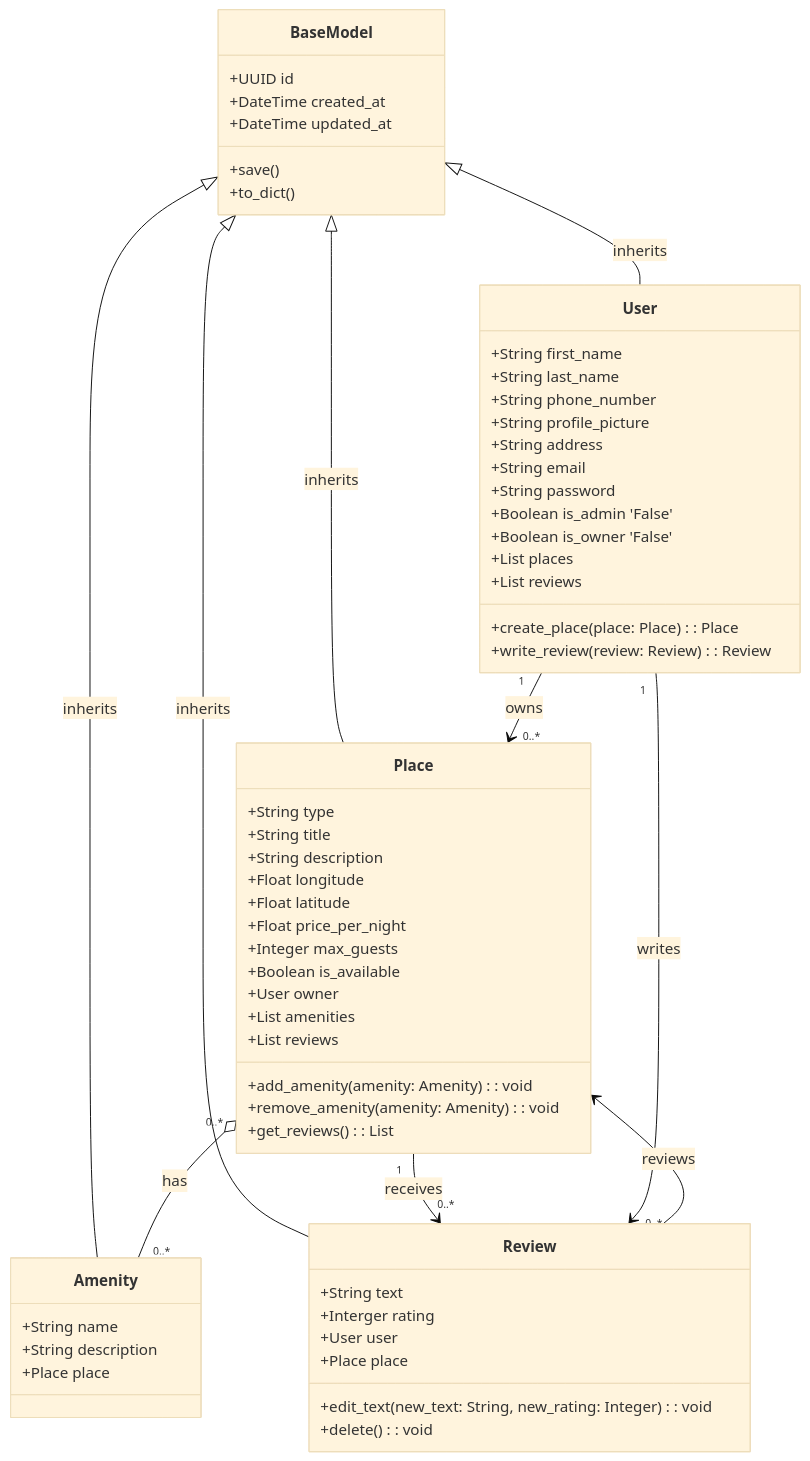
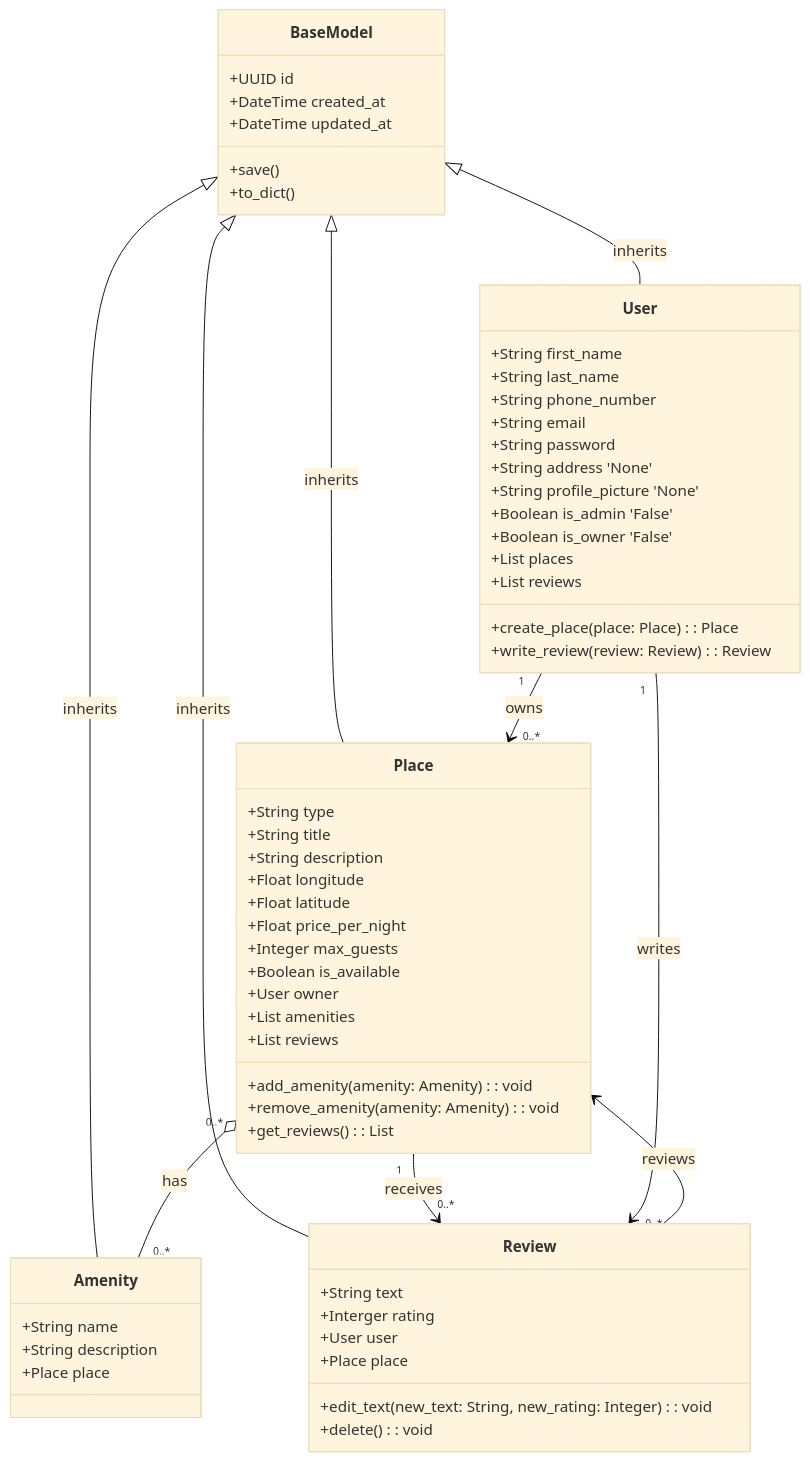
One commit to ItsZmainDev/holbertonschool-hbnb changed the diagram in part1/Detailed Class Diagram for Business Logic Layer.mmd. Above: the diagram before and after it, drawn with Mermaid (base theme).

Commit message:
Set fileds on no required

```diff
--- a/part1/Detailed Class Diagram for Business Logic Layer.mmd
+++ b/part1/Detailed Class Diagram for Business Logic Layer.mmd
@@ -1,69 +1,69 @@
 classDiagram
     class BaseModel {
         +UUID id
         +DateTime created_at
         +DateTime updated_at
         +save()
         +to_dict()
     }
 
     class User {
         +String first_name
         +String last_name
         +String phone_number
-        +String profile_picture
-        +String address
         +String email
         +String password
+        +String address 'None'
+        +String profile_picture 'None'
         +Boolean is_admin 'False'
         +Boolean is_owner 'False'
         +List<Place> places
         +List<Review> reviews
         +create_place(place: Place): Place
         +write_review(review: Review): Review
     }
 
     class Place {
         +String type
         +String title
         +String description
         +Float longitude
         +Float latitude
         +Float price_per_night
         +Integer max_guests
         +Boolean is_available
         +User owner
         +List<Amenity> amenities
         +List<Review> reviews
         +add_amenity(amenity: Amenity): void
         +remove_amenity(amenity: Amenity): void
         +get_reviews(): List<Review>
     }
 
     class Amenity {
         +String name
         +String description
         +Place place
     }
 
     class Review {
         +String text
         +Interger rating
         +User user
         +Place place
         +edit_text(new_text: String, new_rating: Integer): void
         +delete(): void
     }
 
     %% Inheritance
     BaseModel <|-- User : inherits
     BaseModel <|-- Place : inherits
     BaseModel <|-- Amenity : inherits
     BaseModel <|-- Review : inherits
 
     %% Relationships
     User "1" --> "0..*" Place : owns
     Place "0..*" o-- "0..*" Amenity : has
     Place "1" --> "0..*" Review : receives
     User "1" --> "0..*" Review : writes
     Review --> Place: reviews
```
